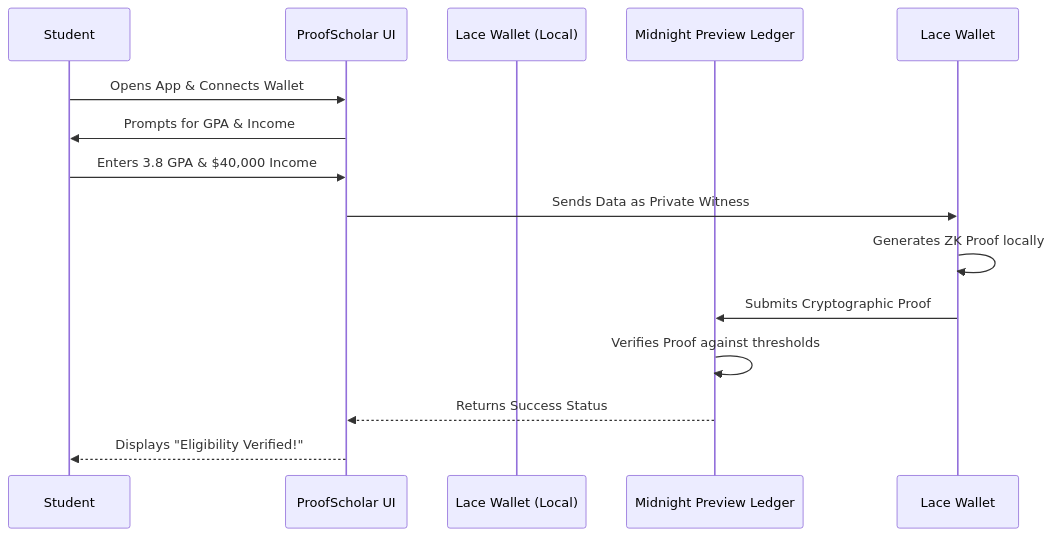
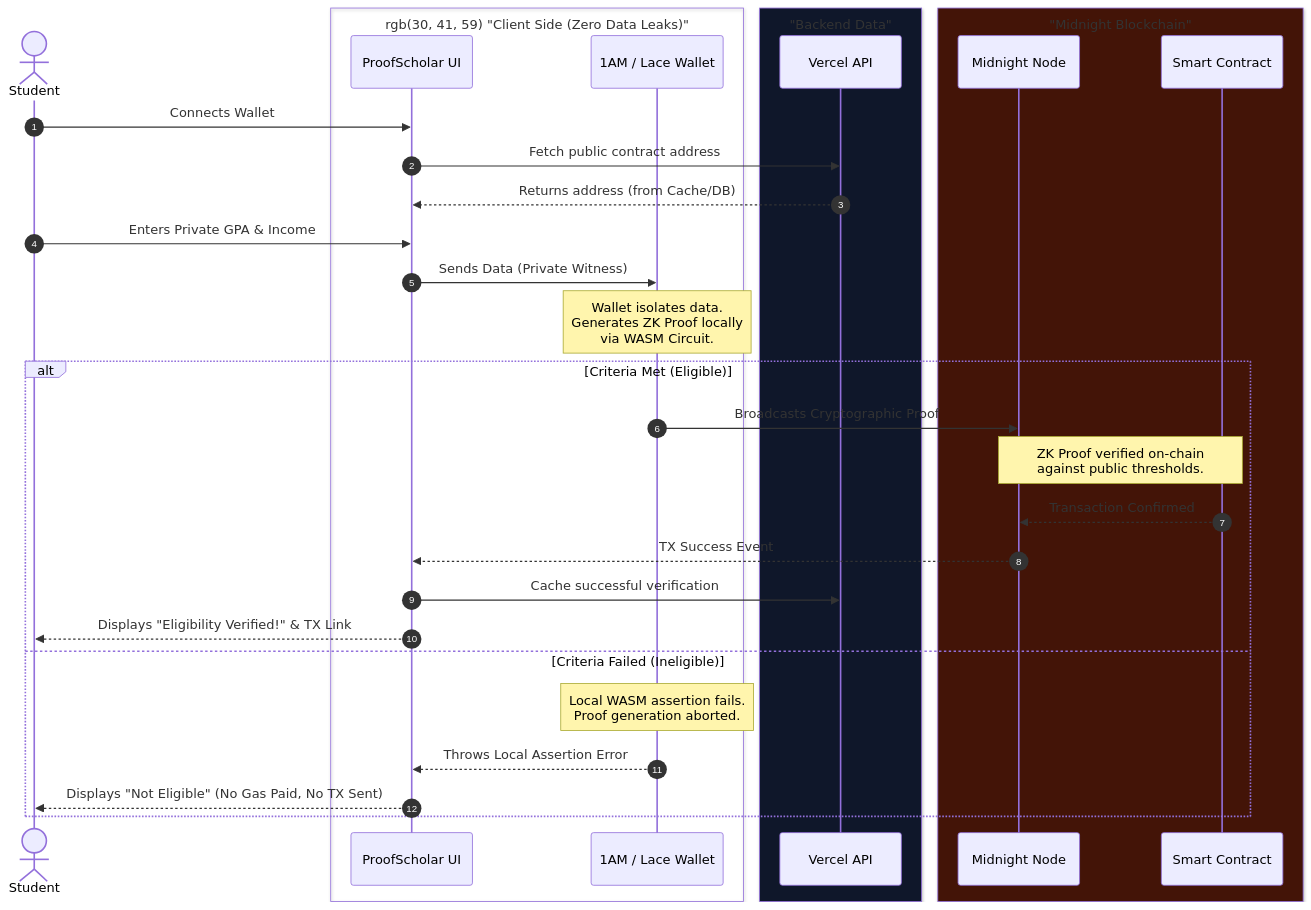
Before and after one commit to aditya-jha033/ProofScholar: the second of 2 diagrams in README.md, drawn with Mermaid. The commit also changed other lines of this file and 7 other files, not shown here.

````diff
--- a/README.md
+++ b/README.md
@@ -94,17 +154,40 @@
 ```mermaid
 sequenceDiagram
-    participant Student
-    participant ProofScholar UI
-    participant Lace Wallet (Local)
-    participant Midnight Preview Ledger
+    autonumber
+    actor Student
+    
+    box rgb(30, 41, 59) "Client Side (Zero Data Leaks)"
+        participant UI as ProofScholar UI
+        participant Wallet as 1AM / Lace Wallet
+    end
+    
+    box rgb(15, 23, 42) "Backend Data"
+        participant API as Vercel API
+    end
+    
+    box rgb(67, 20, 7) "Midnight Blockchain"
+        participant Node as Midnight Node
+        participant Contract as Smart Contract
+    end
 
-    Student->>ProofScholar UI: Opens App & Connects Wallet
-    ProofScholar UI->>Student: Prompts for GPA & Income
-    Student->>ProofScholar UI: Enters 3.8 GPA & $40,000 Income
-    ProofScholar UI->>Lace Wallet: Sends Data as Private Witness
-    Lace Wallet->>Lace Wallet: Generates ZK Proof locally
-    Lace Wallet->>Midnight Preview Ledger: Submits Cryptographic Proof
-    Midnight Preview Ledger->>Midnight Preview Ledger: Verifies Proof against thresholds
-    Midnight Preview Ledger-->>ProofScholar UI: Returns Success Status
-    ProofScholar UI-->>Student: Displays "Eligibility Verified!"
+    Student->>UI: Connects Wallet
+    UI->>API: Fetch public contract address
+    API-->>UI: Returns address (from Cache/DB)
+    Student->>UI: Enters Private GPA & Income
+    UI->>Wallet: Sends Data (Private Witness)
+    
+    Note over Wallet: Wallet isolates data.<br/>Generates ZK Proof locally<br/>via WASM Circuit.
+    
+    alt Criteria Met (Eligible)
+        Wallet->>Node: Broadcasts Cryptographic Proof
+        Note over Node,Contract: ZK Proof verified on-chain<br/>against public thresholds.
+        Contract-->>Node: Transaction Confirmed
+        Node-->>UI: TX Success Event
+        UI->>API: Cache successful verification
+        UI-->>Student: Displays "Eligibility Verified!" & TX Link
+    else Criteria Failed (Ineligible)
+        Note over Wallet: Local WASM assertion fails.<br/>Proof generation aborted.
+        Wallet-->>UI: Throws Local Assertion Error
+        UI-->>Student: Displays "Not Eligible" (No Gas Paid, No TX Sent)
+    end
 ```
````
